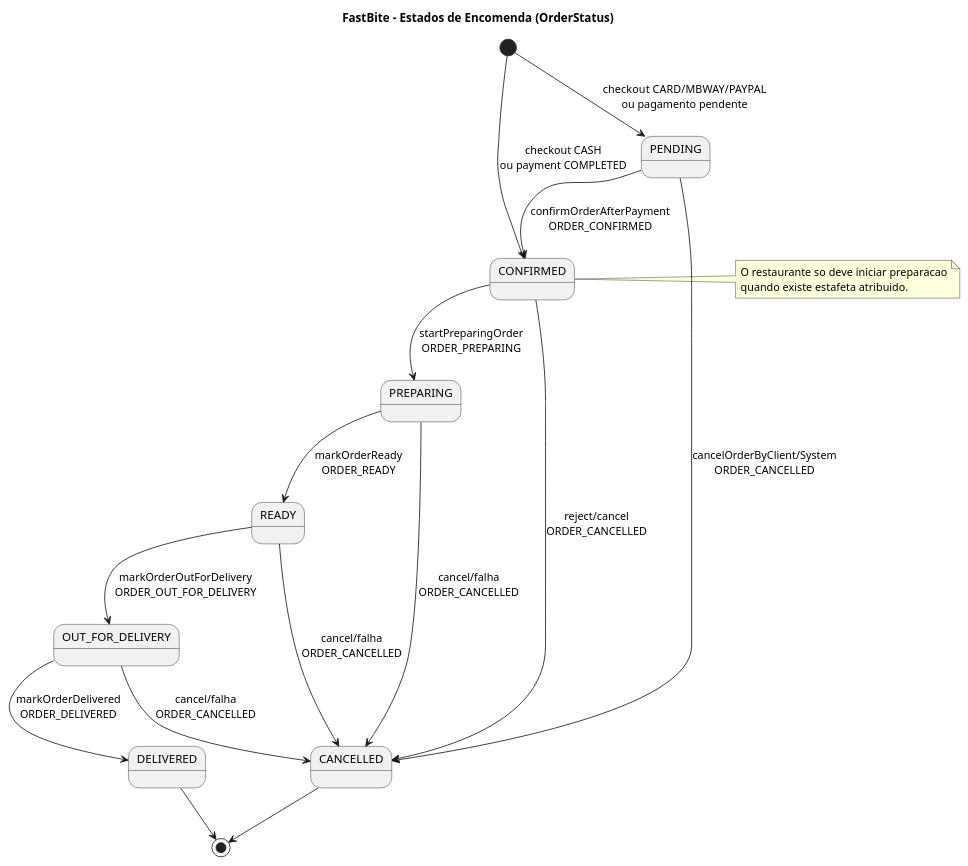
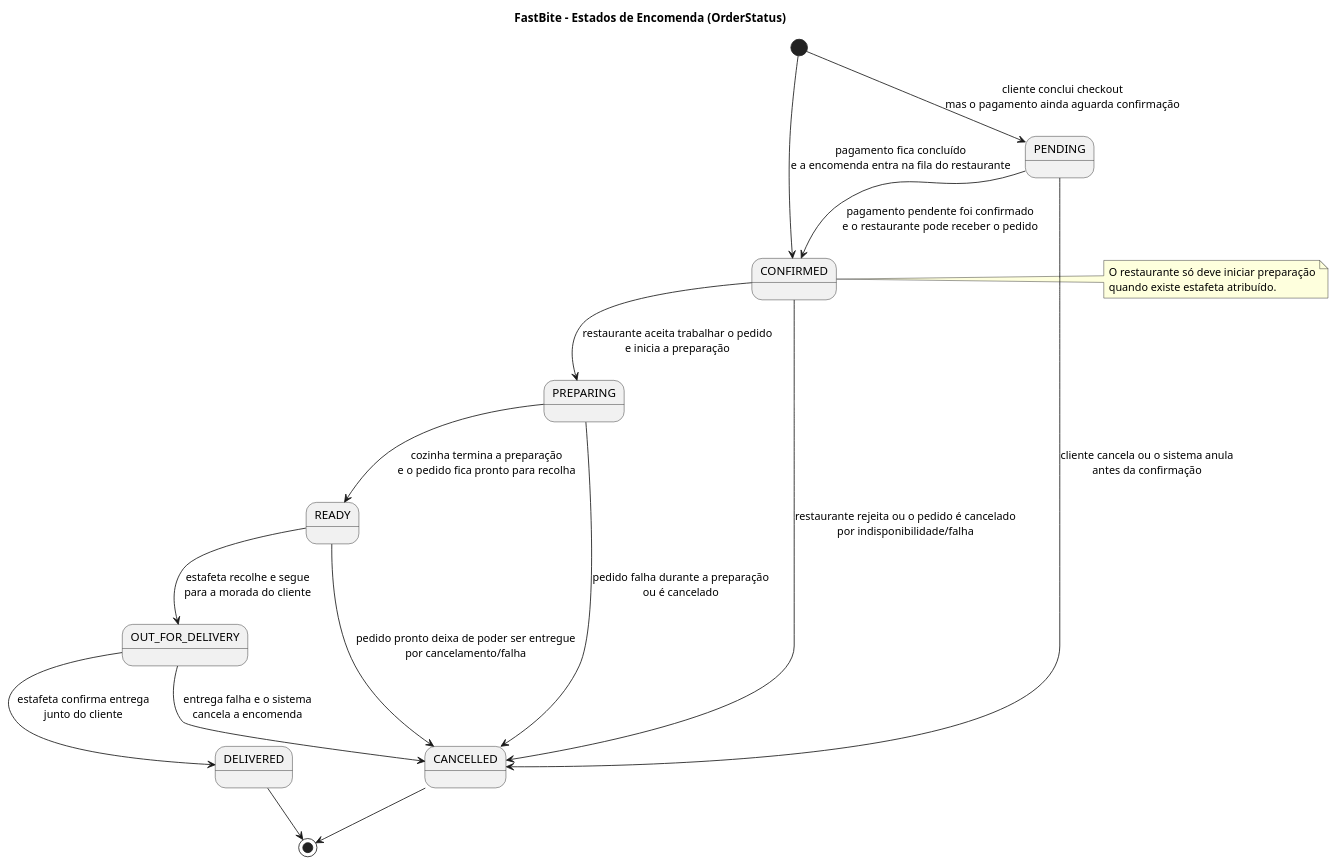
The diagram in Documentacao/docs novas/04a_estado_encomenda.puml (DuarteMSousa/FastBite), drawn with PlantUML before and after one commit. The commit also changed 10 other files, not shown here.

First line of the commit message:
Docs: update and add PUML diagrams

```diff
--- a/Documentacao/docs novas/04a_estado_encomenda.puml
+++ b/Documentacao/docs novas/04a_estado_encomenda.puml
@@ -1,32 +1,32 @@
 @startuml FastBite_State_Order
 title FastBite - Estados de Encomenda (OrderStatus)
 
 skinparam shadowing false
 
-[*] --> PENDING : checkout CARD/MBWAY/PAYPAL\nou pagamento pendente
-[*] --> CONFIRMED : checkout CASH\nou payment COMPLETED
+[*] --> PENDING : cliente conclui checkout\nmas o pagamento ainda aguarda confirmação
+[*] --> CONFIRMED : pagamento fica concluído\ne a encomenda entra na fila do restaurante
 
-PENDING --> CONFIRMED : confirmOrderAfterPayment\nORDER_CONFIRMED
-PENDING --> CANCELLED : cancelOrderByClient/System\nORDER_CANCELLED
+PENDING --> CONFIRMED : pagamento pendente foi confirmado\ne o restaurante pode receber o pedido
+PENDING --> CANCELLED : cliente cancela ou o sistema anula\nantes da confirmação
 
-CONFIRMED --> PREPARING : startPreparingOrder\nORDER_PREPARING
-CONFIRMED --> CANCELLED : reject/cancel\nORDER_CANCELLED
+CONFIRMED --> PREPARING : restaurante aceita trabalhar o pedido\ne inicia a preparação
+CONFIRMED --> CANCELLED : restaurante rejeita ou o pedido é cancelado\npor indisponibilidade/falha
 
-PREPARING --> READY : markOrderReady\nORDER_READY
-PREPARING --> CANCELLED : cancel/falha\nORDER_CANCELLED
+PREPARING --> READY : cozinha termina a preparação\ne o pedido fica pronto para recolha
+PREPARING --> CANCELLED : pedido falha durante a preparação\nou é cancelado
 
-READY --> OUT_FOR_DELIVERY : markOrderOutForDelivery\nORDER_OUT_FOR_DELIVERY
-READY --> CANCELLED : cancel/falha\nORDER_CANCELLED
+READY --> OUT_FOR_DELIVERY : estafeta recolhe e segue\npara a morada do cliente
+READY --> CANCELLED : pedido pronto deixa de poder ser entregue\npor cancelamento/falha
 
-OUT_FOR_DELIVERY --> DELIVERED : markOrderDelivered\nORDER_DELIVERED
-OUT_FOR_DELIVERY --> CANCELLED : cancel/falha\nORDER_CANCELLED
+OUT_FOR_DELIVERY --> DELIVERED : estafeta confirma entrega\njunto do cliente
+OUT_FOR_DELIVERY --> CANCELLED : entrega falha e o sistema\ncancela a encomenda
 
 DELIVERED --> [*]
 CANCELLED --> [*]
 
 note right of CONFIRMED
-  O restaurante so deve iniciar preparacao
-  quando existe estafeta atribuido.
+  O restaurante só deve iniciar preparação
+  quando existe estafeta atribuído.
 end note
 
 @enduml
```
